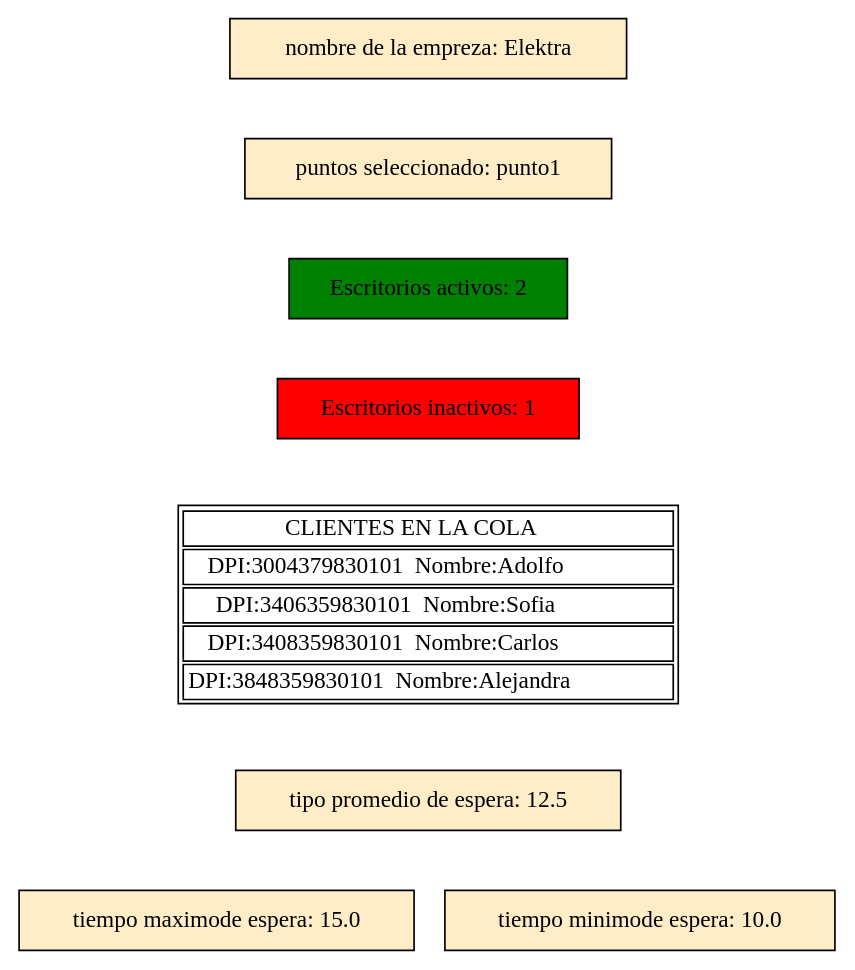
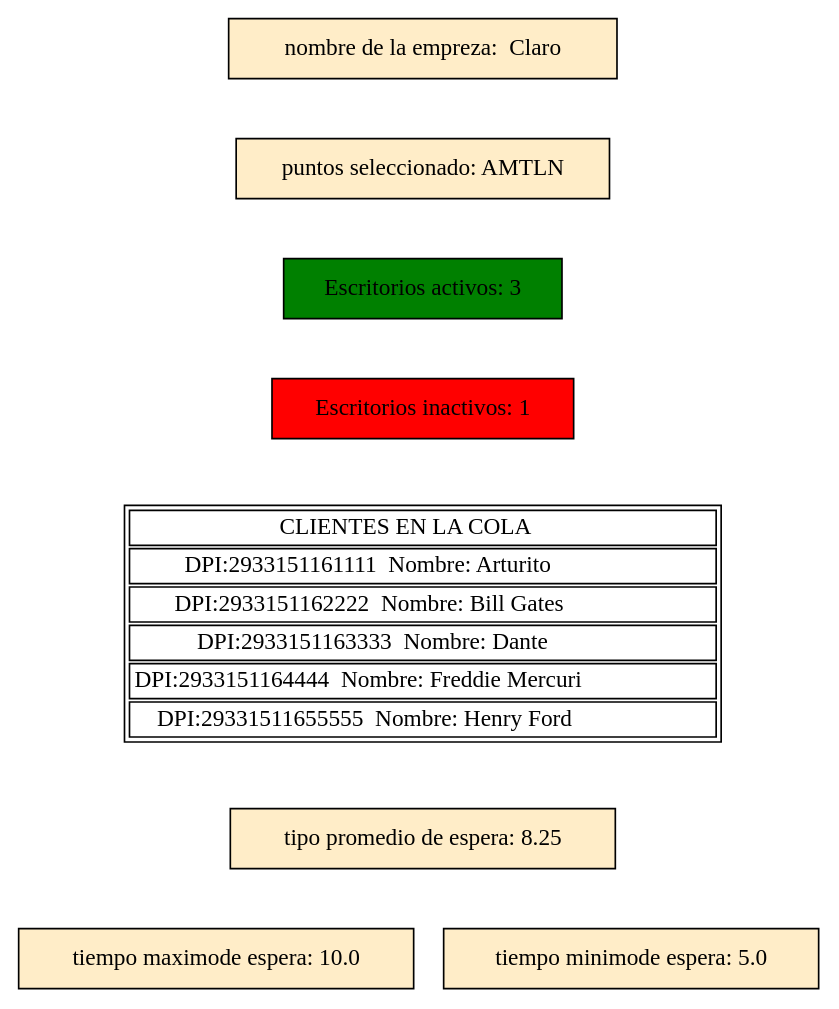
Before and after one commit to Nahomi-Aparicio/-IPC2_Proyecto2_202113293: the diagram in d1.dot, drawn with Graphviz. The commit also changed 2 other files, not shown here.

```diff
--- a/d1.dot
+++ b/d1.dot
@@ -1,19 +1,19 @@
 digraph G{ 
 node [ shape = box ]
-no[ label="nombre de la empreza: Elektra"style="filled", fillcolor="#ffbb3344"]
-pu[ label="puntos seleccionado: punto1"style="filled", fillcolor="#ffbb3344"]
-ac[ label="Escritorios activos: 2"style="filled", fillcolor="green"]
+no[ label="nombre de la empreza:  Claro "style="filled", fillcolor="#ffbb3344"]
+pu[ label="puntos seleccionado: AMTLN"style="filled", fillcolor="#ffbb3344"]
+ac[ label="Escritorios activos: 3"style="filled", fillcolor="green"]
 in[ label="Escritorios inactivos: 1"style="filled",fillcolor="red"]
-ti[ label="tipo promedio de espera: 12.5"style="filled", fillcolor="#ffbb3344"]
-tip[ label="tiempo maximode espera: 15.0"style="filled",fillcolor="#ffbb3344"]
-tm[ label="tiempo minimode espera: 10.0"style="filled",fillcolor="#ffbb3344"]
-cli[shape=plaintext ,label =<<TABLE><TR><TD>CLIENTES EN LA COLA</TD></TR><TR><TD>DPI:3004379830101  Nombre:Adolfo</TD></TR><TR><TD>DPI:3406359830101  Nombre:Sofia</TD></TR><TR><TD>DPI:3408359830101  Nombre:Carlos</TD></TR><TR><TD>DPI:3848359830101  Nombre:Alejandra</TD></TR></TABLE>>];
+ti[ label="tipo promedio de espera: 8.25"style="filled", fillcolor="#ffbb3344"]
+tip[ label="tiempo maximode espera: 10.0"style="filled",fillcolor="#ffbb3344"]
+tm[ label="tiempo minimode espera: 5.0"style="filled",fillcolor="#ffbb3344"]
+cli[shape=plaintext ,label =<<TABLE><TR><TD>CLIENTES EN LA COLA</TD></TR><TR><TD>DPI:2933151161111  Nombre: Arturito </TD></TR><TR><TD>DPI:2933151162222  Nombre: Bill Gates </TD></TR><TR><TD>DPI:2933151163333  Nombre: Dante </TD></TR><TR><TD>DPI:2933151164444  Nombre: Freddie Mercuri </TD></TR><TR><TD>DPI:29331511655555  Nombre: Henry Ford </TD></TR></TABLE>>];
 ac -> in  [ style=invis ]
 no -> pu  [ style=invis ]
 pu -> ac  [ style=invis ]
 in -> cli  [ style=invis ]
 cli -> ti  [ style=invis ]
 ti -> tip  [ style=invis ]
 ti -> tm  [ style=invis ]
 
 }
```
